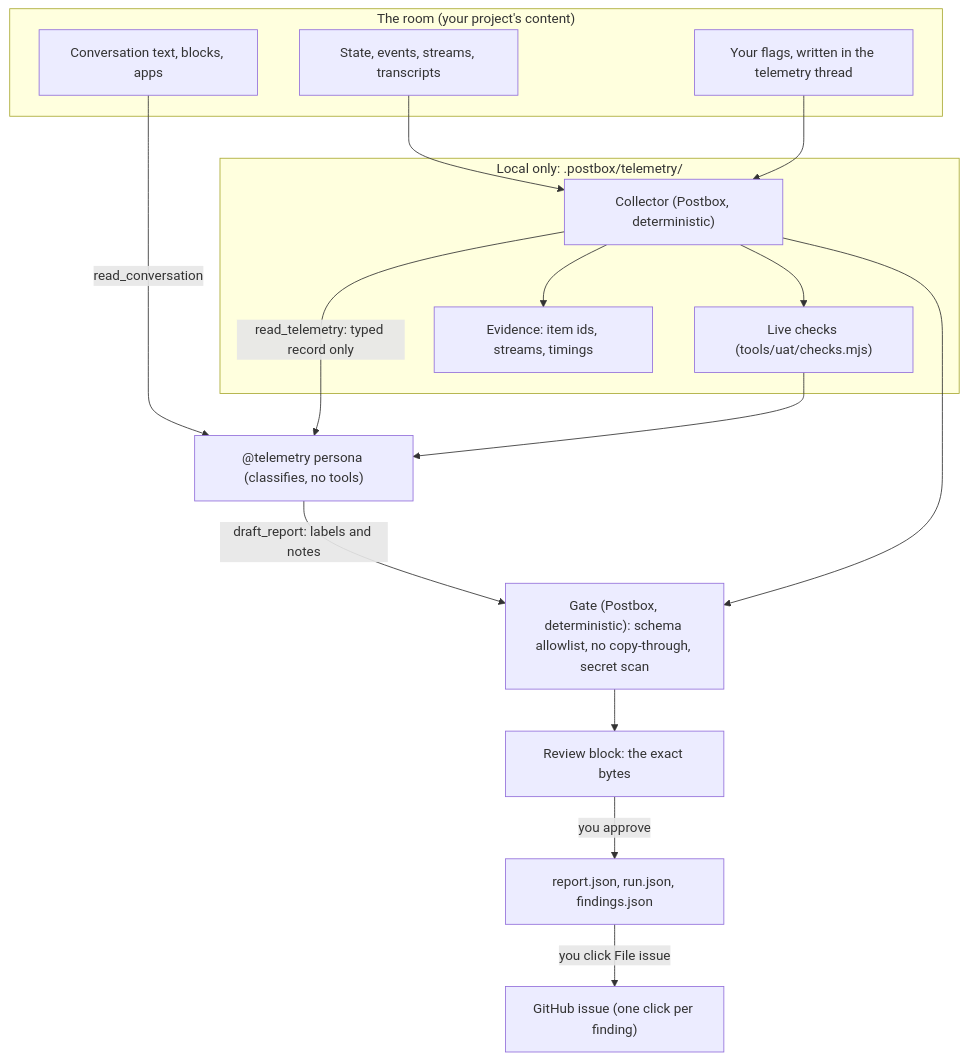
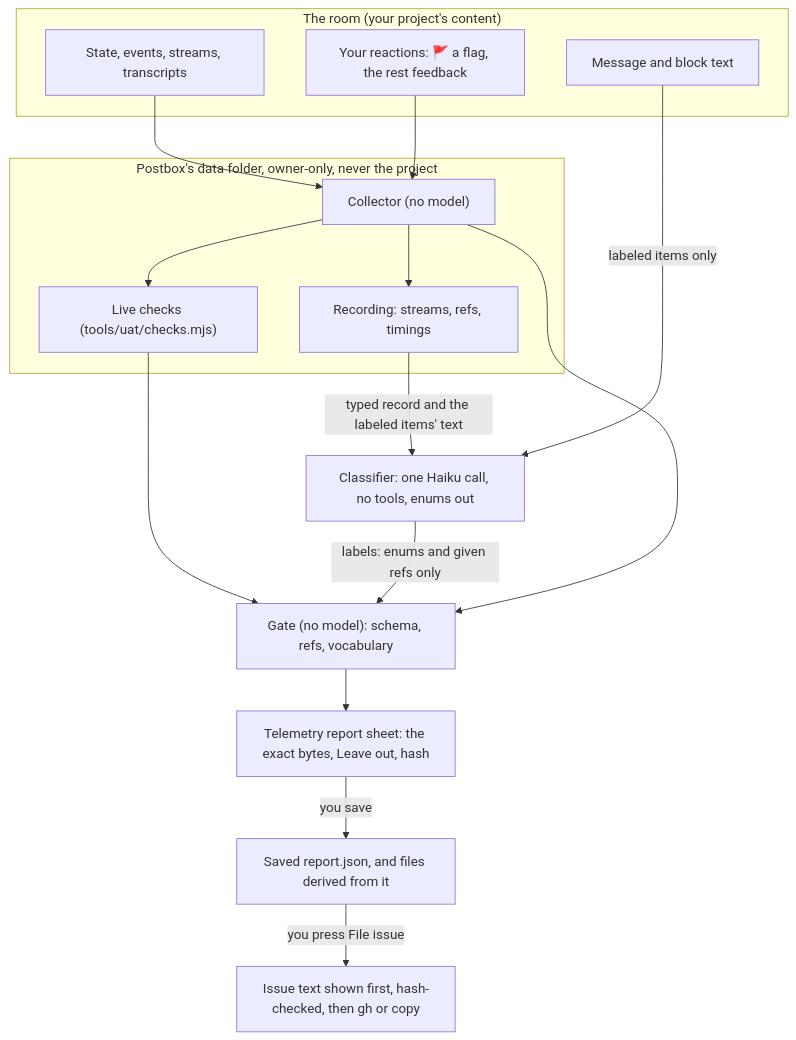
Before and after one commit to HJeon139/postbox: the first of 2 diagrams in designs/telemetry-persona.md, drawn with Mermaid. The commit also changed other lines of this file and 3 other files, not shown here.

First line of the commit message:
docs(designs): make telemetry unlisted, per the person's review of #230

````diff
--- a/designs/telemetry-persona.md
+++ b/designs/telemetry-persona.md
@@ -45,29 +45,29 @@
 ```mermaid
 flowchart TD
   subgraph room["The room (your project's content)"]
     S[State, events, streams, transcripts]
-    C[Conversation text, blocks, apps]
-    F["Your flags, written in the telemetry thread"]
+    C[Message and block text]
+    F["Your reactions: 🚩 a flag, the rest feedback"]
   end
-  subgraph local["Local only: .postbox/telemetry/"]
-    COL["Collector (Postbox, deterministic)"]
+  subgraph data["Postbox's data folder, owner-only, never the project"]
+    COL["Collector (no model)"]
     CHK["Live checks (tools/uat/checks.mjs)"]
-    EV["Evidence: item ids, streams, timings"]
+    REC["Recording: streams, refs, timings"]
   end
-  P["@telemetry persona (classifies, no tools)"]
-  G["Gate (Postbox, deterministic): schema allowlist, no copy-through, secret scan"]
-  R["Review block: the exact bytes"]
-  OUT["report.json, run.json, findings.json"]
-  GH["GitHub issue (one click per finding)"]
+  K["Classifier: one Haiku call, no tools, enums out"]
+  G["Gate (no model): schema, refs, vocabulary"]
+  SH["Telemetry report sheet: the exact bytes, Leave out, hash"]
+  OUT["Saved report.json, and files derived from it"]
+  GH["Issue text shown first, hash-checked, then gh or copy"]
   S --> COL --> CHK
-  COL --> EV
+  COL --> REC
   F --> COL
-  C -->|read_conversation| P
-  COL -->|"read_telemetry: typed record only"| P
-  CHK --> P
-  P -->|"draft_report: labels and notes"| G
+  REC -->|"typed record and the labeled items' text"| K
+  C -->|labeled items only| K
+  CHK --> G
+  K -->|"labels: enums and given refs only"| G
   COL --> G
-  G --> R
-  R -->|you approve| OUT
-  OUT -->|you click File issue| GH
+  G --> SH
+  SH -->|you save| OUT
+  OUT -->|you press File issue| GH
 ```
````
